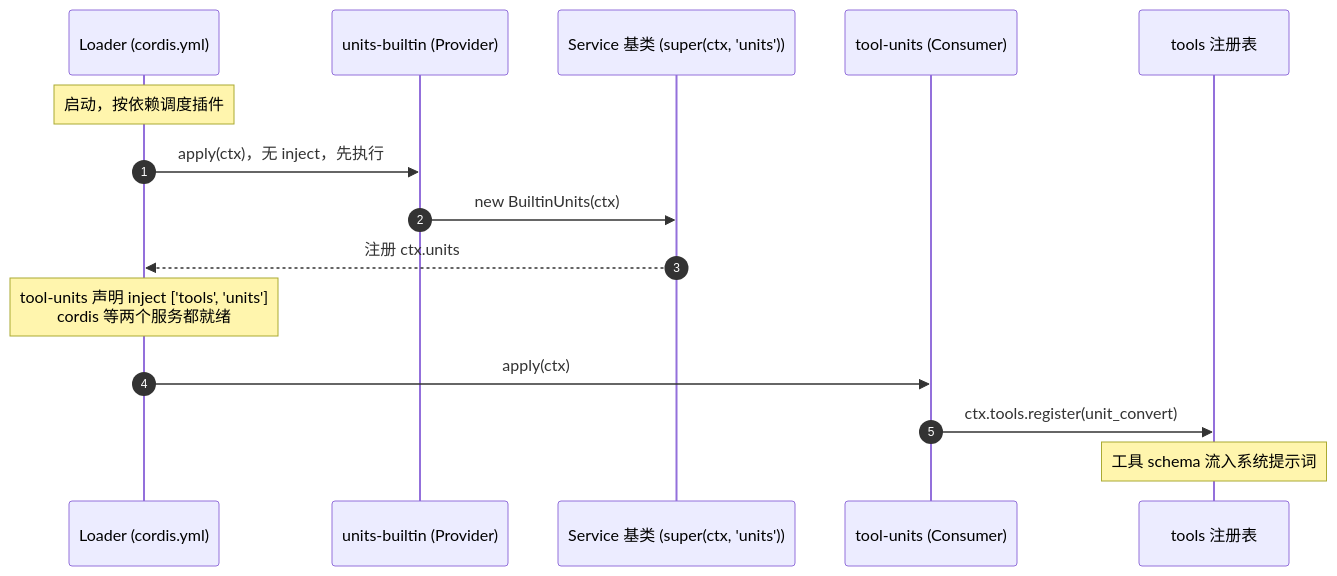
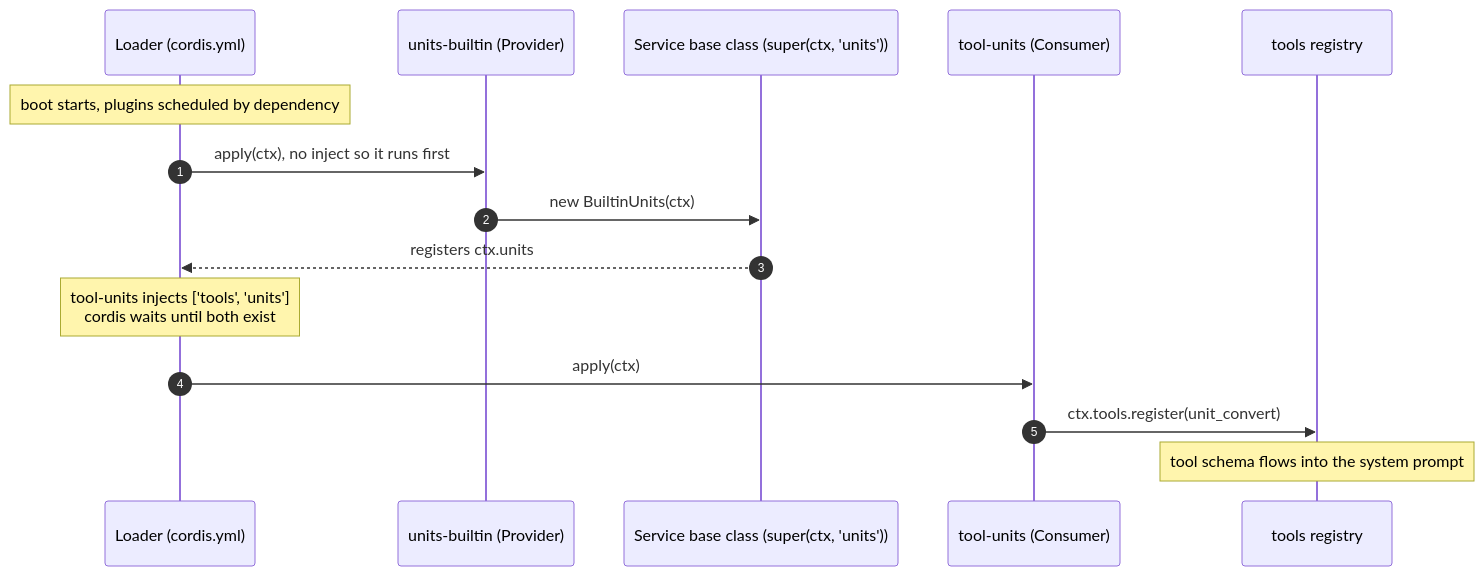
The first of 2 diagrams in examples/units-capability/README.zh.md (smileonroad/xzz_dsh_plugin), drawn with Mermaid before and after one commit. The commit also changed other lines of this file and 19 other files, not shown here.

````diff
--- a/examples/units-capability/README.zh.md
+++ b/examples/units-capability/README.zh.md
@@ -60,18 +60,18 @@
 ```mermaid
 sequenceDiagram
     autonumber
     participant L as Loader (cordis.yml)
     participant P as units-builtin (Provider)
-    participant S as Service 基类 (super(ctx, 'units'))
+    participant S as Service base class (super(ctx, 'units'))
     participant C as tool-units (Consumer)
-    participant R as tools 注册表
+    participant R as tools registry
 
-    Note over L: 启动，按依赖调度插件
-    L->>P: apply(ctx)，无 inject，先执行
+    Note over L: boot starts, plugins scheduled by dependency
+    L->>P: apply(ctx), no inject so it runs first
     P->>S: new BuiltinUnits(ctx)
-    S-->>L: 注册 ctx.units
-    Note over L: tool-units 声明 inject ['tools', 'units']<br/>cordis 等两个服务都就绪
+    S-->>L: registers ctx.units
+    Note over L: tool-units injects ['tools', 'units']<br/>cordis waits until both exist
     L->>C: apply(ctx)
     C->>R: ctx.tools.register(unit_convert)
-    Note over R: 工具 schema 流入系统提示词
+    Note over R: tool schema flows into the system prompt
 ```
````
